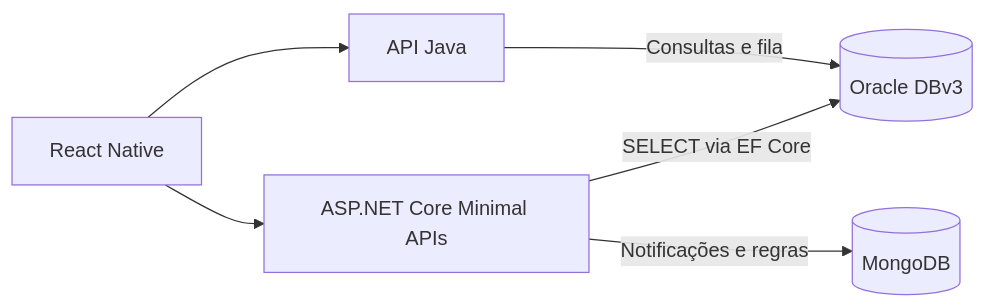
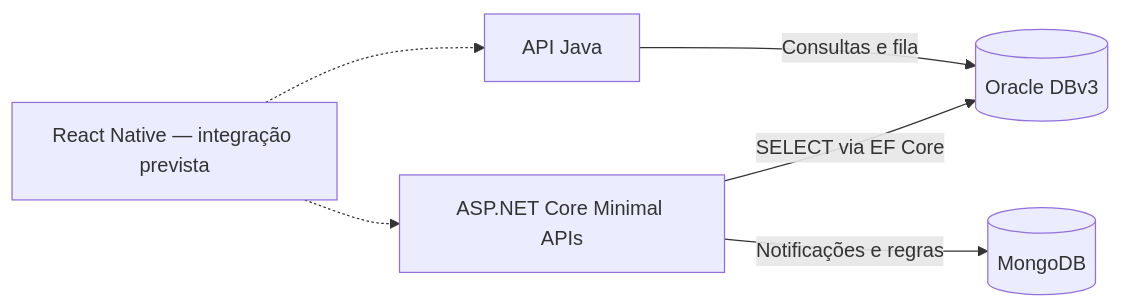
The diagram in docs/Arquitetura.md (Yurifgb06/CadeMinhaConsulta), drawn with Mermaid before and after one commit. The commit also changed 2 other files, not shown here.

Commit message:
docs: finaliza diagramas e orientacoes de entrega

````diff
--- a/docs/Arquitetura.md
+++ b/docs/Arquitetura.md
@@ -3,8 +3,8 @@
 ```mermaid
 flowchart LR
-    Mobile[React Native] --> API[ASP.NET Core Minimal APIs]
-    Mobile --> Java[API Java]
+    Mobile["React Native — integração prevista"] -.-> API[ASP.NET Core Minimal APIs]
+    Mobile -.-> Java[API Java]
     API -->|SELECT via EF Core| Oracle[(Oracle DBv3)]
     Java -->|Consultas e fila| Oracle
     API -->|Notificações e regras| Mongo[(MongoDB)]
 ```
````
